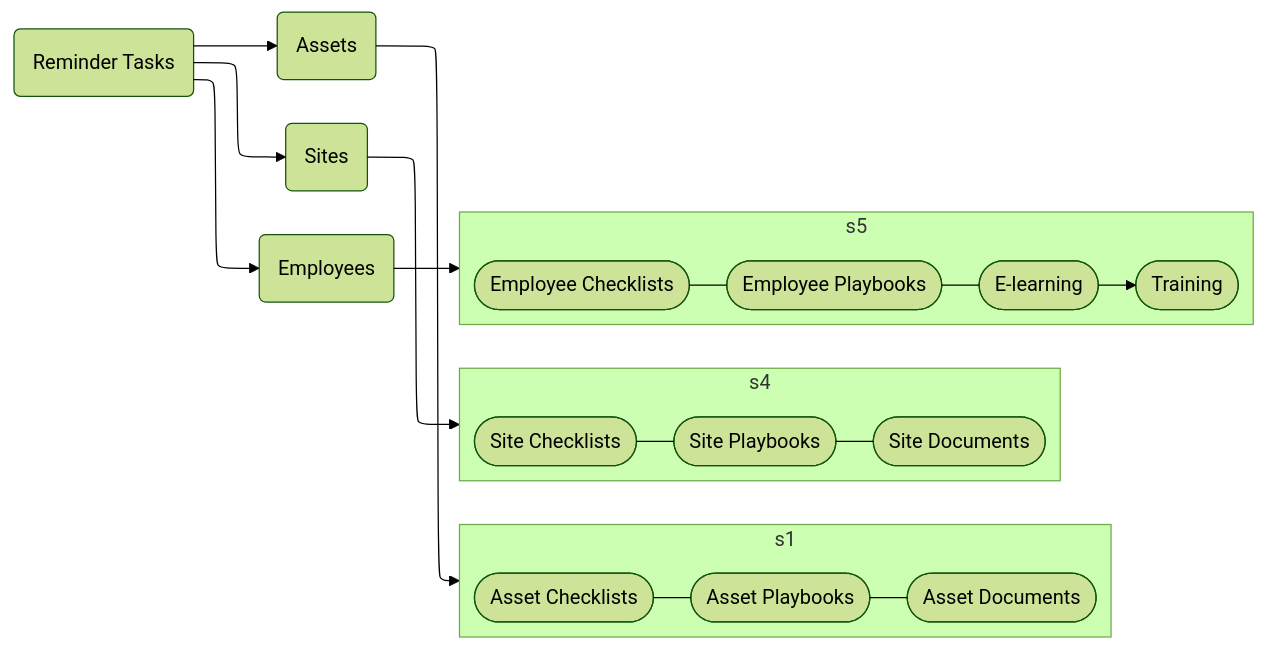
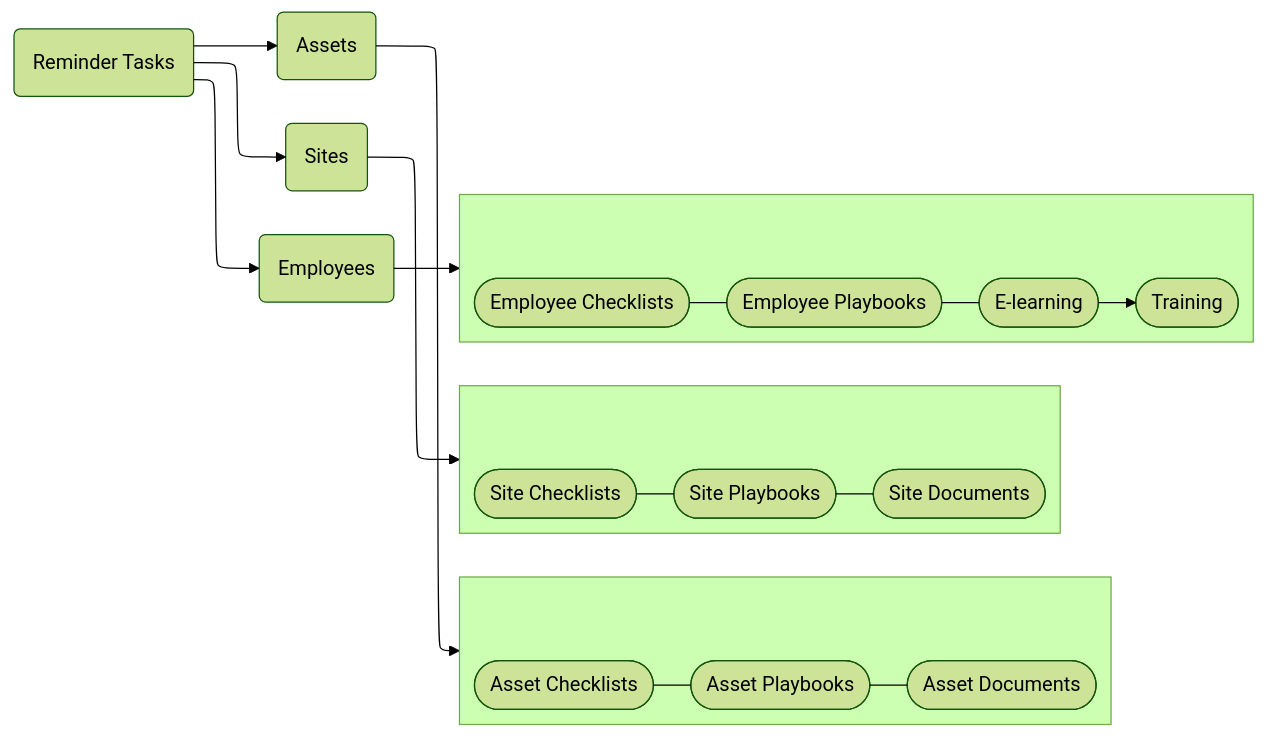
The diagram in docs/drafts/types-of-task.md (opus-safety/opus-knowledge-base), drawn with Mermaid (forest theme) before and after one commit.

Commit message:
tweaked diagram

````diff
--- a/docs/drafts/types-of-task.md
+++ b/docs/drafts/types-of-task.md
@@ -36,39 +36,39 @@
 ```mermaid
 ---
 config:
   layout: elk
 ---
 flowchart LR
- subgraph s1
+ subgraph s1[" "]
         n5(["Asset Checklists"])
         n8(["Asset Playbooks"])
         n9(["Asset Documents"])
   end
- subgraph s4
+ subgraph s4[" "]
         n10(["Site Checklists"])
         n11(["Site Playbooks"])
         n12(["Site Documents"])
   end
- subgraph s5
+ subgraph s5[" "]
         n13(["Employee Checklists"])
         n14(["Employee Playbooks"])
         n15(["E-learning"])
         n16(["Training"])
   end
     A["Reminder Tasks"] --> n1["Assets"] & n2["Sites"] & n3["Employees"]
     n1 --> s1
     n5 --- n8
     n8 --- n9
     n10 --- n11
     n11 --- n12
     n2 --> s4
     n13 --- n14
     n14 --- n15
     n3 --> s5
     n15 --> n16
 
     A@{ shape: rounded}
     n1@{ shape: rounded}
     n2@{ shape: rounded}
     n3@{ shape: rounded}
 ```
````
